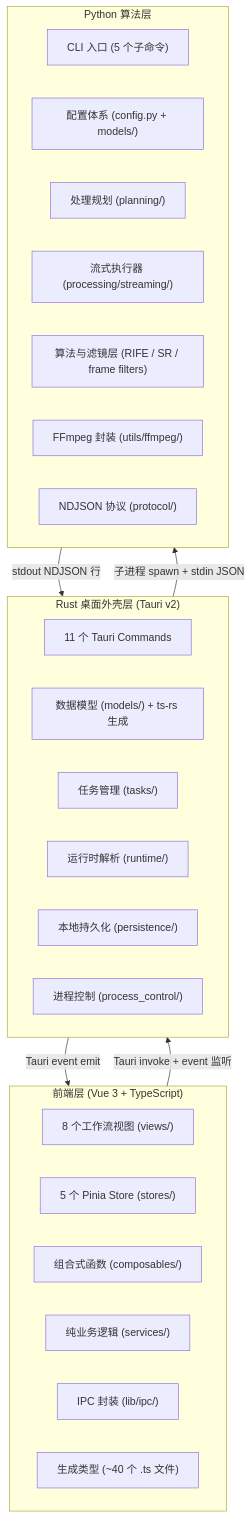
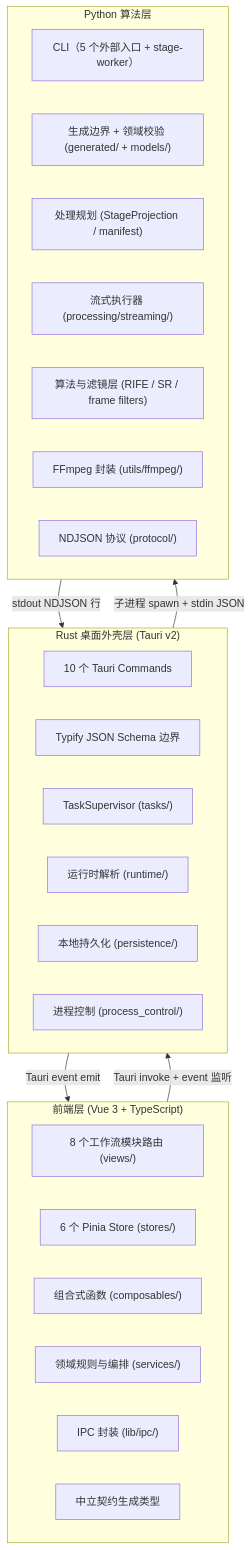
One commit to youge325/vp changed the first of 4 diagrams in docs/01-architecture-overview.md. Above: the diagram before and after it, drawn with Mermaid. The commit also changed other lines of this file and 14 other files, not shown here.

````diff
--- a/docs/01-architecture-overview.md
+++ b/docs/01-architecture-overview.md
@@ -25,35 +25,35 @@
 ```mermaid
 graph TB
     subgraph FE["前端层 (Vue 3 + TypeScript)"]
-        F1["8 个工作流视图 (views/)"]
-        F2["5 个 Pinia Store (stores/)"]
+        F1["8 个工作流模块路由 (views/)"]
+        F2["6 个 Pinia Store (stores/)"]
         F3["组合式函数 (composables/)"]
-        F4["纯业务逻辑 (services/)"]
+        F4["领域规则与编排 (services/)"]
         F5["IPC 封装 (lib/ipc/)"]
-        F6["生成类型 (~40 个 .ts 文件)"]
+        F6["中立契约生成类型"]
     end
 
     subgraph RS["Rust 桌面外壳层 (Tauri v2)"]
-        R1["11 个 Tauri Commands"]
-        R2["数据模型 (models/) + ts-rs 生成"]
-        R3["任务管理 (tasks/)"]
+        R1["10 个 Tauri Commands"]
+        R2["Typify JSON Schema 边界"]
+        R3["TaskSupervisor (tasks/)"]
         R4["运行时解析 (runtime/)"]
         R5["本地持久化 (persistence/)"]
         R6["进程控制 (process_control/)"]
     end
 
     subgraph PY["Python 算法层"]
-        P1["CLI 入口 (5 个子命令)"]
-        P2["配置体系 (config.py + models/)"]
-        P3["处理规划 (planning/)"]
+        P1["CLI（5 个外部入口 + stage-worker）"]
+        P2["生成边界 + 领域校验 (generated/ + models/)"]
+        P3["处理规划 (StageProjection / manifest)"]
         P4["流式执行器 (processing/streaming/)"]
         P5["算法与滤镜层 (RIFE / SR / frame filters)"]
         P6["FFmpeg 封装 (utils/ffmpeg/)"]
         P7["NDJSON 协议 (protocol/)"]
     end
 
     FE -- "Tauri invoke + event 监听" --> RS
     RS -- "子进程 spawn + stdin JSON" --> PY
     PY -- "stdout NDJSON 行" --> RS
     RS -- "Tauri event emit" --> FE
 ```
````
